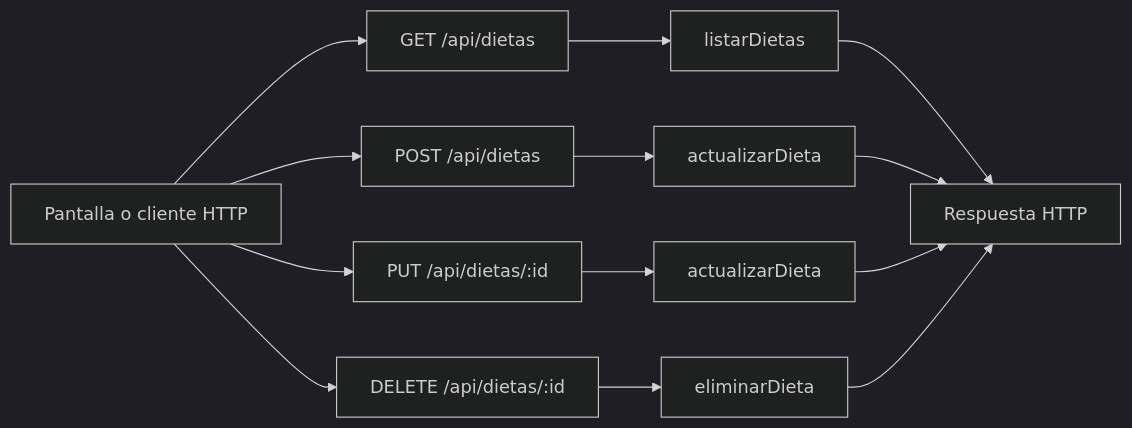
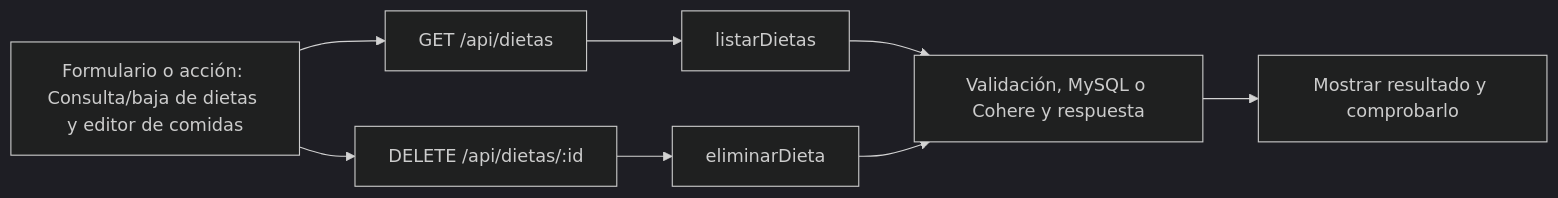
The diagram in guias/06-valentin-schueld.md (tomimeno0/GYM-OS-Preentrega-75), drawn with Mermaid (dark theme) before and after one commit. The commit also changed other lines of this file and 12 other files, not shown here.

````diff
--- a/guias/06-valentin-schueld.md
+++ b/guias/06-valentin-schueld.md
@@ -18,16 +13,11 @@
 ```mermaid
 flowchart LR
-  P["Pantalla o cliente HTTP"]
-  P --> E0["GET /api/dietas"]
-  E0 --> F0["listarDietas"]
-  F0 --> R["Respuesta HTTP"]
-  P --> E1["POST /api/dietas"]
-  E1 --> F1["actualizarDieta"]
-  F1 --> R["Respuesta HTTP"]
-  P --> E2["PUT /api/dietas/:id"]
-  E2 --> F2["actualizarDieta"]
-  F2 --> R["Respuesta HTTP"]
-  P --> E3["DELETE /api/dietas/:id"]
-  E3 --> F3["eliminarDieta"]
-  F3 --> R["Respuesta HTTP"]
+  U["Formulario o acción: Consulta/baja de dietas y editor de comidas"]
+  U --> E0["GET /api/dietas"]
+  E0 --> H0["listarDietas"]
+  H0 --> R["Validación, MySQL o Cohere y respuesta"]
+  U --> E1["DELETE /api/dietas/:id"]
+  E1 --> H1["eliminarDieta"]
+  H1 --> R["Validación, MySQL o Cohere y respuesta"]
+  R --> C["Mostrar resultado y comprobarlo"]
 ```
````
